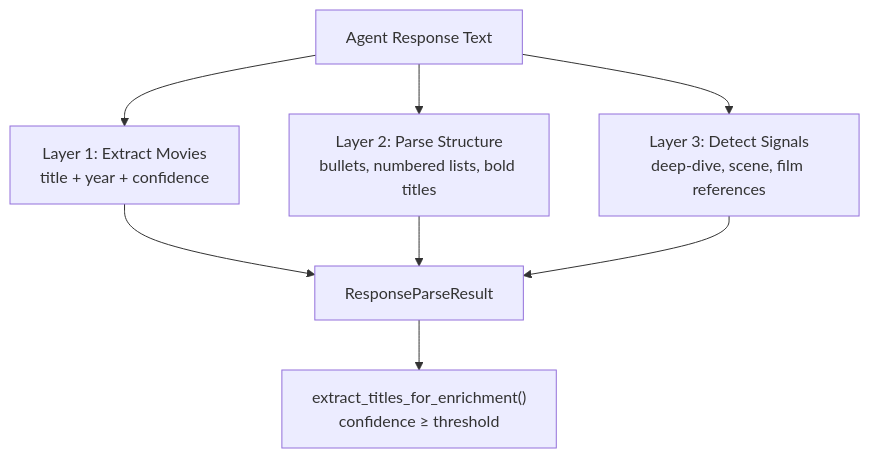
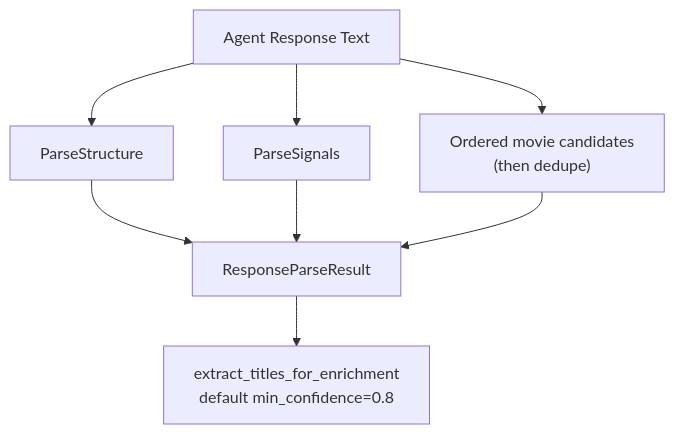
One commit to mayad123/movieAgent changed the fifth of 7 diagrams in docs/features/extraction/EXTRACTION_PIPELINE.md. Above: the diagram before and after it, drawn with Mermaid. The commit also changed other lines of this file and 128 other files, not shown here.

````diff
--- a/docs/features/extraction/EXTRACTION_PIPELINE.md
+++ b/docs/features/extraction/EXTRACTION_PIPELINE.md
@@ -211,13 +226,13 @@
 ```mermaid
 flowchart TD
     RESPONSE["Agent Response Text"]
-    RESPONSE --> MOVIES["Layer 1: Extract Movies<br/>title + year + confidence"]
-    RESPONSE --> STRUCTURE["Layer 2: Parse Structure<br/>bullets, numbered lists, bold titles"]
-    RESPONSE --> SIGNALS["Layer 3: Detect Signals<br/>deep-dive, scene, film references"]
+    RESPONSE --> STRUCTURE["ParseStructure"]
+    RESPONSE --> SIGNALS["ParseSignals"]
+    RESPONSE --> ORDERED["Ordered movie candidates<br/>(then dedupe)"]
 
-    MOVIES --> RESULT["ResponseParseResult"]
-    STRUCTURE --> RESULT
+    STRUCTURE --> RESULT["ResponseParseResult"]
     SIGNALS --> RESULT
+    ORDERED --> RESULT
 
-    RESULT --> ENRICH["extract_titles_for_enrichment()<br/>confidence ≥ threshold"]
+    RESULT --> ENRICH["extract_titles_for_enrichment<br/>default min_confidence=0.8"]
 ```
````
